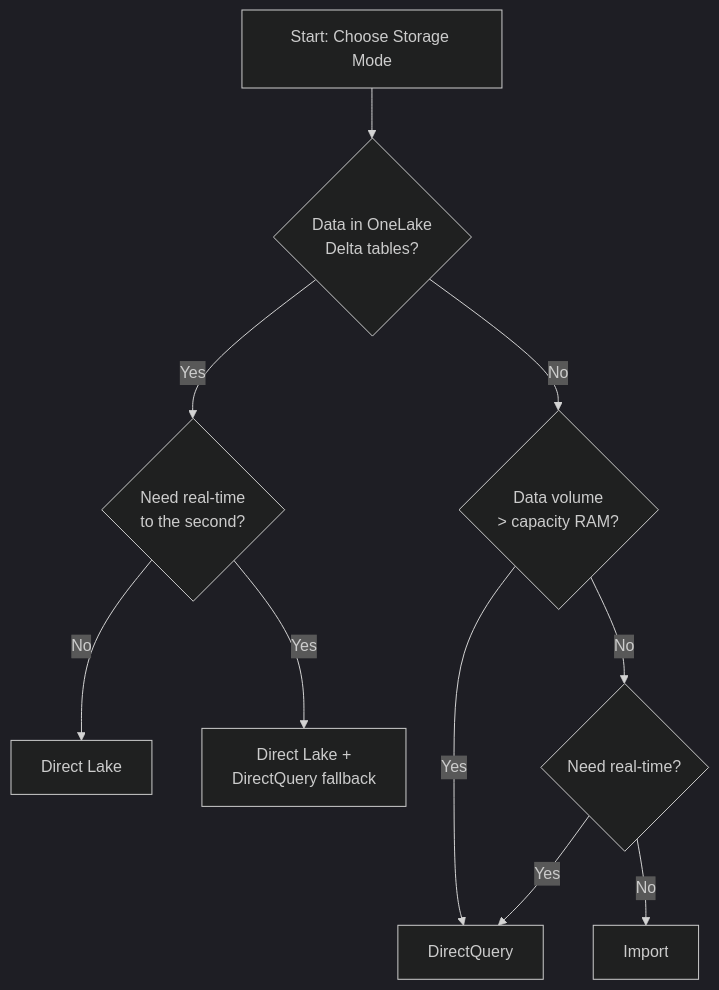
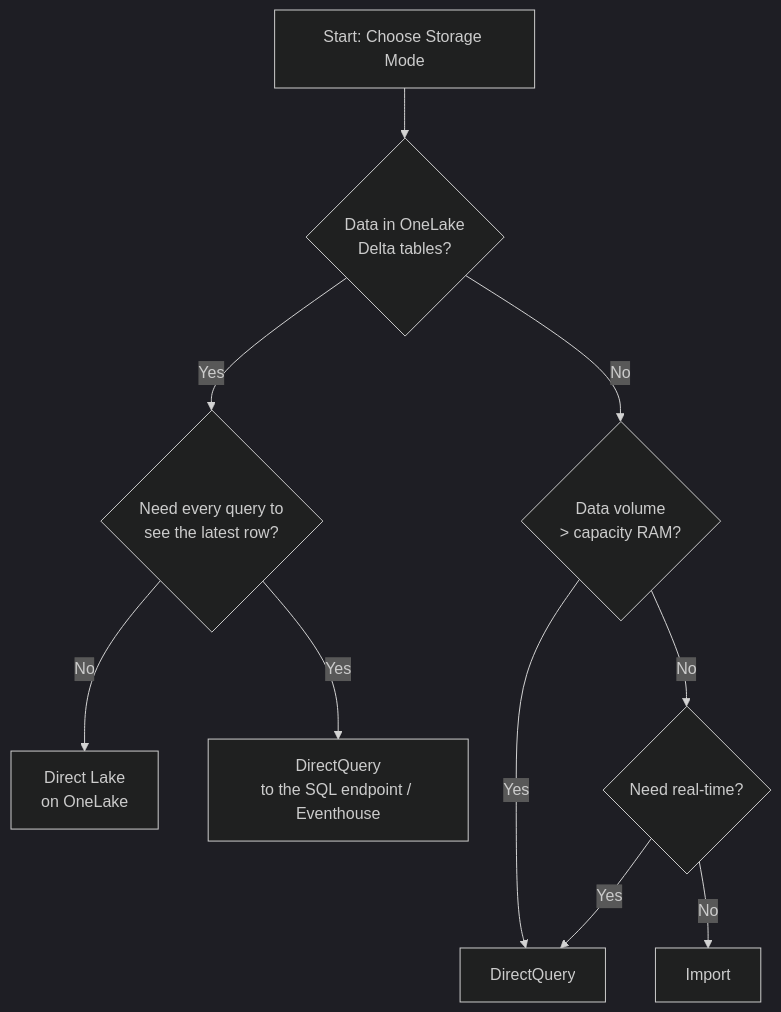
One commit to marcogrimaldi29/dp-600-study-notes changed the first of 4 diagrams in 03-implement-manage-semantic-models.md. Above: the diagram before and after it, drawn with Mermaid (dark theme). The commit also changed other lines of this file and 12 other files, not shown here.

````diff
--- a/03-implement-manage-semantic-models.md
+++ b/03-implement-manage-semantic-models.md
@@ -42,12 +45,12 @@
 ```mermaid
 flowchart TD
     A[Start: Choose Storage Mode] --> B{Data in OneLake<br/>Delta tables?}
-    B -- Yes --> C{Need real-time<br/>to the second?}
-    C -- No --> D[Direct Lake]
-    C -- Yes --> E[Direct Lake +<br/>DirectQuery fallback]
+    B -- Yes --> C{Need every query to<br/>see the latest row?}
+    C -- No --> D[Direct Lake<br/>on OneLake]
+    C -- Yes --> E[DirectQuery<br/>to the SQL endpoint / Eventhouse]
     B -- No --> F{Data volume<br/>> capacity RAM?}
     F -- Yes --> G[DirectQuery]
     F -- No --> H{Need real-time?}
     H -- Yes --> G
     H -- No --> I[Import]
 ```
````
